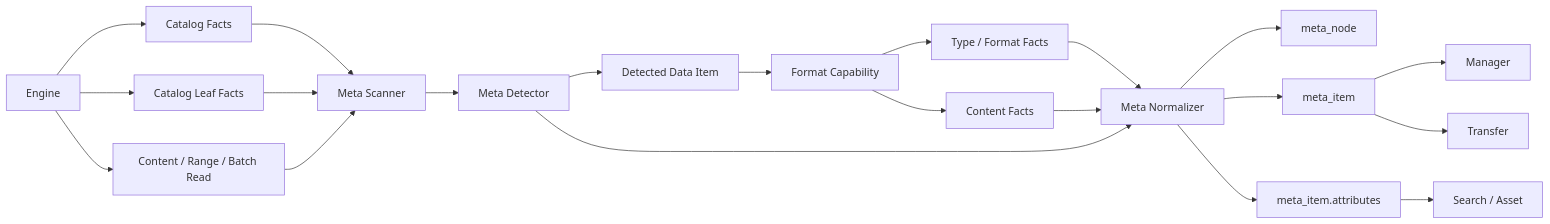
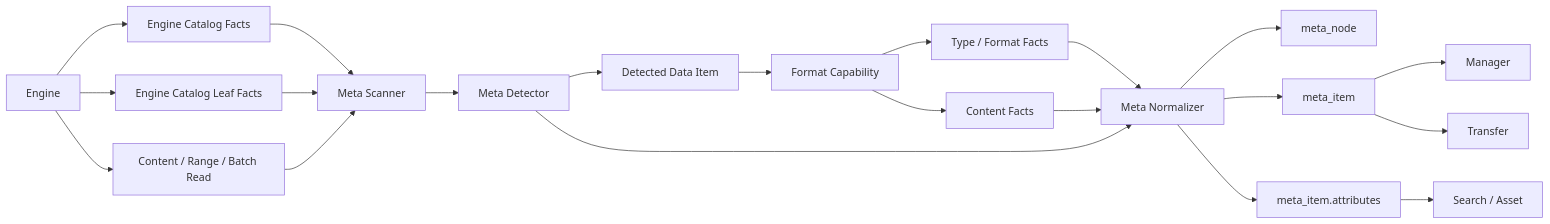
Before and after one commit to pampa0629/addp: the first of 2 diagrams in docs/concepts/addp元数据体系图.md, drawn with Mermaid. The commit also changed other lines of this file and 1206 other files, not shown here.

````diff
--- a/docs/concepts/addp元数据体系图.md
+++ b/docs/concepts/addp元数据体系图.md
@@ -37,29 +37,29 @@
 ```mermaid
 graph LR
-    Engine["Engine"] --> Catalog["Catalog Facts"]
-    Engine --> Facts["Catalog Leaf Facts"]
+    Engine["Engine"] --> Catalog["Engine Catalog Facts"]
+    Engine --> Facts["Engine Catalog Leaf Facts"]
     Engine --> Read["Content / Range / Batch Read"]
 
     Catalog --> Scanner[Meta Scanner]
     Facts --> Scanner
     Read --> Scanner
 
     Scanner --> Detector[Meta Detector]
     Detector --> Item[Detected Data Item]
 
     Item --> Format["Format Capability"]
     Format --> Info["Type / Format Facts"]
     Format --> Reader["Content Facts"]
 
     Info --> Normalizer[Meta Normalizer]
     Detector --> Normalizer
     Reader --> Normalizer
 
     Normalizer --> NodeTable[meta_node]
     Normalizer --> ItemTable[meta_item]
     Normalizer --> Attrs["meta_item.attributes"]
 
     Attrs --> Search[Search / Asset]
     ItemTable --> Manager[Manager]
     ItemTable --> Transfer[Transfer]
 ```
````
